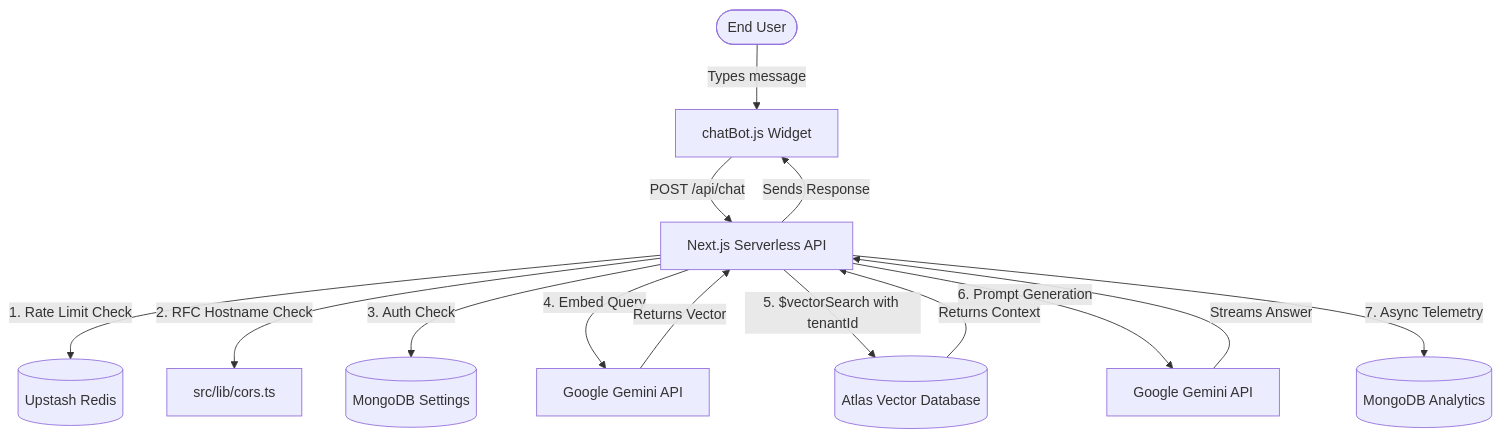
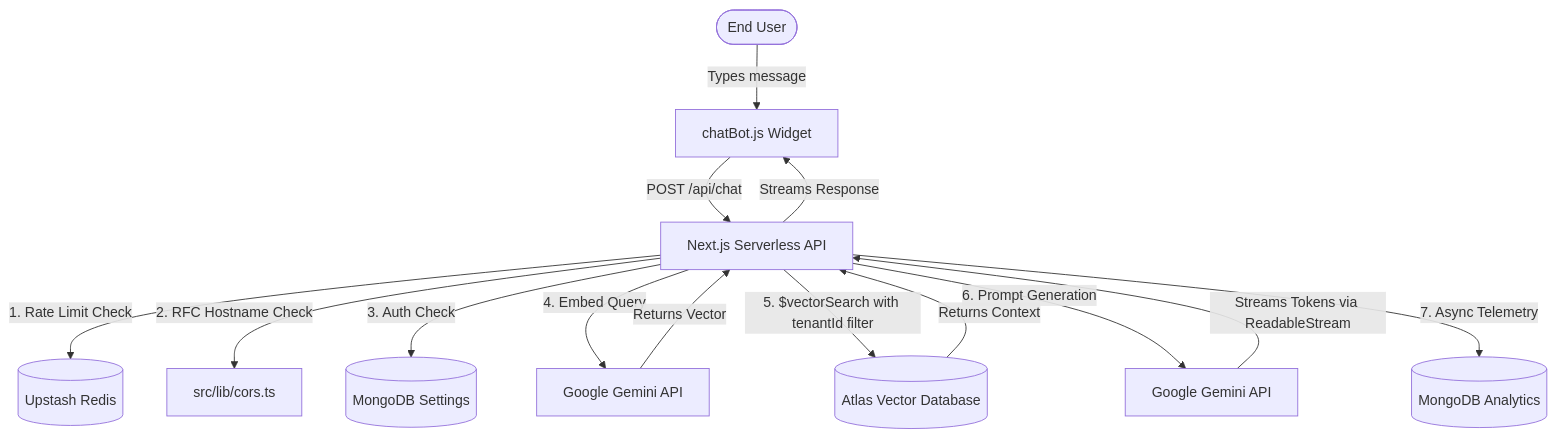
One commit to In731/Customer-Support-AI changed the diagram in README.md. Above: the diagram before and after it, drawn with Mermaid. The commit also changed other lines of this file, not shown here.

Commit message:
docs: update architecture documentation

````diff
--- a/README.md
+++ b/README.md
@@ -168,21 +185,21 @@
 ```mermaid
 graph TD
     User([End User]) -->|Types message| Widget[chatBot.js Widget]
     Widget -->|POST /api/chat| API[Next.js Serverless API]
     
     API -->|1. Rate Limit Check| Upstash[(Upstash Redis)]
     API -->|2. RFC Hostname Check| CORS[src/lib/cors.ts]
     API -->|3. Auth Check| DB1[(MongoDB Settings)]
     API -->|4. Embed Query| Gemini1[Google Gemini API]
     
     Gemini1 -->|Returns Vector| API
-    API -->|5. $vectorSearch with tenantId| Atlas[(Atlas Vector Database)]
+    API -->|5. $vectorSearch with tenantId filter| Atlas[(Atlas Vector Database)]
     
     Atlas -->|Returns Context| API
     API -->|6. Prompt Generation| Gemini2[Google Gemini API]
     
-    Gemini2 -->|Streams Answer| API
+    Gemini2 -->|Streams Tokens via ReadableStream| API
     API -->|7. Async Telemetry| DB2[(MongoDB Analytics)]
     
-    API -->|Sends Response| Widget
+    API -->|Streams Response| Widget
 ```
````
